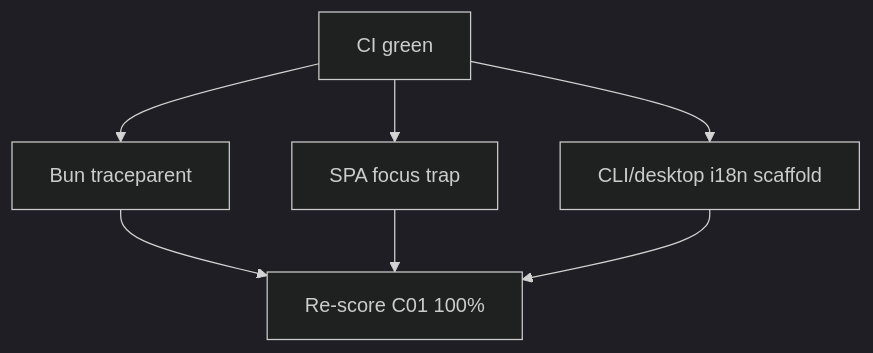
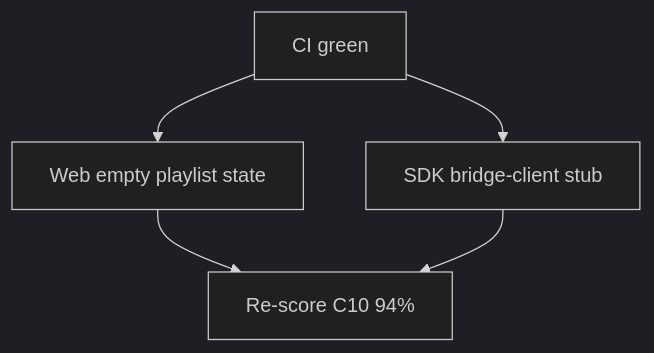
One commit to KooshaPari/Melosviz changed the diagram in docs/WORK_DAG.md. Above: the diagram before and after it, drawn with Mermaid (dark theme). The commit also changed other lines of this file and 10 other files, not shown here.

First line of the commit message:
feat: web playlist empty state + bridge-client SDK stub

````diff
--- a/docs/WORK_DAG.md
+++ b/docs/WORK_DAG.md
@@ -5,9 +5,7 @@
 ```mermaid
 flowchart TD
-  A[CI green] --> B[Bun traceparent]
-  A --> C[SPA focus trap]
-  A --> D[CLI/desktop i18n scaffold]
-  B --> E[Re-score C01 100%]
-  C --> E
-  D --> E
+  A[CI green] --> B[Web empty playlist state]
+  A --> C[SDK bridge-client stub]
+  B --> D[Re-score C10 94%]
+  C --> D
 ```
````
